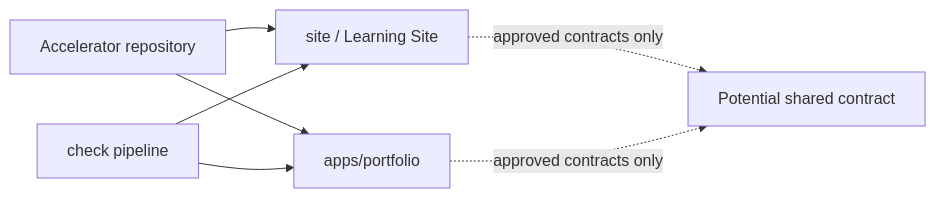
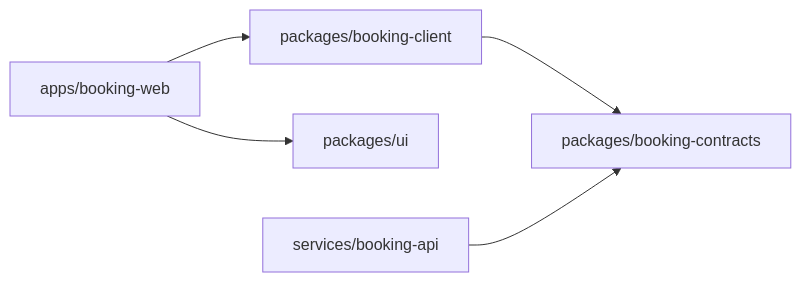
The second of 5 diagrams in site/content/canonical/PA-S002-theory-es.md (714k/principal-accelerator-learning-path), drawn with Mermaid before and after one commit. The commit also changed other lines of this file and 42 other files, not shown here.

````diff
--- a/site/content/canonical/PA-S002-theory-es.md
+++ b/site/content/canonical/PA-S002-theory-es.md
@@ -413,9 +1287,7 @@
 ```mermaid
 flowchart LR
-  Root["Accelerator repository"] --> Site["site / Learning Site"]
-  Root --> Portfolio["apps/portfolio"]
-  Site -. "approved contracts only" .-> Shared["Potential shared contract"]
-  Portfolio -. "approved contracts only" .-> Shared
-  Checks["check pipeline"] --> Site
-  Checks --> Portfolio
+    Web["apps/booking-web"] --> Client["packages/booking-client"]
+    Web --> UI["packages/ui"]
+    Client --> Contracts["packages/booking-contracts"]
+    API["services/booking-api"] --> Contracts
 ```
````
